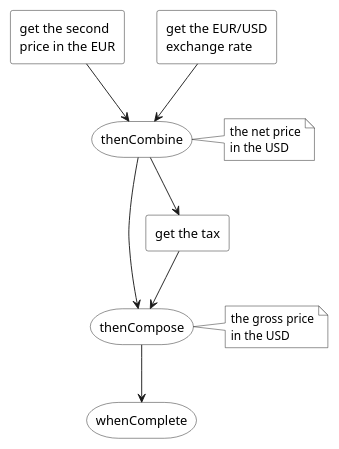
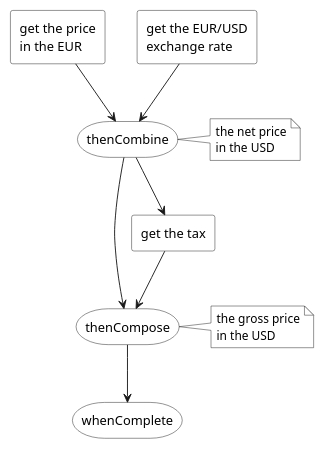
Before and after one commit to ti-cortex-m4/demo-java-completablefuture: the diagram in images/CompletableFuture API example.puml, drawn with PlantUML.

```diff
--- a/images/CompletableFuture API example.puml
+++ b/images/CompletableFuture API example.puml
@@ -1,31 +1,31 @@
 @startuml
 
 scale 0.90
 skinparam monochrome true
 skinparam RectangleBackgroundColor white
 skinparam StorageBackgroundColor white
 skinparam NoteBackgroundColor white
 
-rectangle "get the second\nprice in the EUR" as step4
+rectangle "get the price\nin the EUR" as step4
 rectangle "get the EUR/USD\nexchange rate" as step5
 
 storage  "thenCombine" as step7
 note right of step7: the net price\nin the USD
 
 rectangle "get the tax" as step7b
 
 storage  "thenCompose" as step8
 note right of step8: the gross price\nin the USD
 
 storage  "whenComplete" as step9
 
 step4 --> step7
 step5 --> step7
 
 step7 --> step7b
 step7 --> step8
 step7b --> step8
 
 step8 --> step9
 
 @enduml
```
